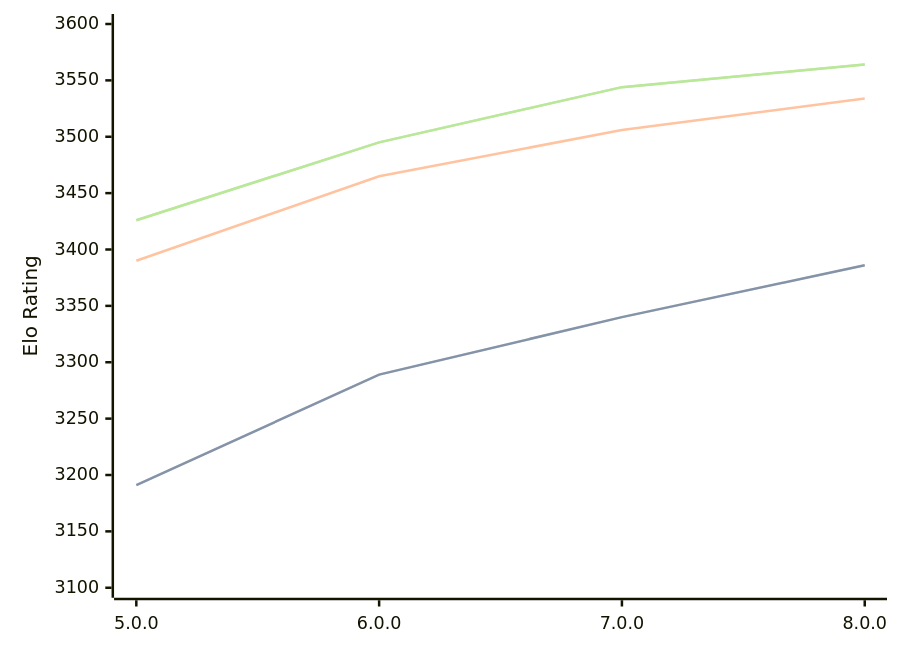
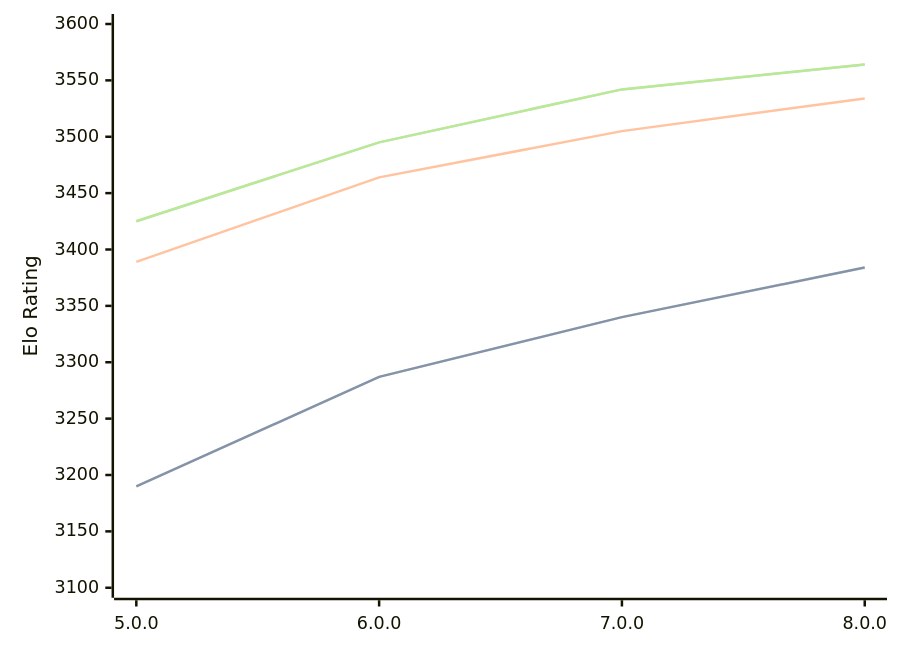
One commit to computer-chess-index/cci changed the first of 3 diagrams in engines/Stormphrax.md. Above: the diagram before and after it, drawn with Mermaid. The commit also changed other lines of this file, not shown here.

Commit message:
Update CCI Ratings (ELO VLTC) - 2026-07-15

````diff
--- a/engines/Stormphrax.md
+++ b/engines/Stormphrax.md
@@ -39,11 +39,11 @@
 ```mermaid
 %%{init: {"theme":"base","themeVariables":{"seriesColors:['#a3a3a3','#222221','#faa371']}}}%%
 xychart-beta
   x-axis ["5.0.0", "6.0.0", "7.0.0", "8.0.0"]
   y-axis "Elo Rating" 3100 --> 3600
-  line "STC (8.0+0.08s)" [3191, 3289, 3340, 3386]
-  line "STC (8.0+0.08s)" [3191, 3289, 3340, 3386]
-  line "LTC (60.0+0.60s)" [3390, 3465, 3506, 3534]
-  line "VLTC (2m24s+1.12s)" [3426, 3495, 3544, 3564]
-  line "VLTC (2m24s+1.12s)" [3426, 3495, 3544, 3564]
+  line "STC (8.0+0.08s)" [3190, 3287, 3340, 3384]
+  line "STC (8.0+0.08s)" [3190, 3287, 3340, 3384]
+  line "LTC (60.0+0.60s)" [3389, 3464, 3505, 3534]
+  line "VLTC (2m24s+1.12s)" [3425, 3495, 3542, 3564]
+  line "VLTC (2m24s+1.12s)" [3425, 3495, 3542, 3564]
 ```
````
